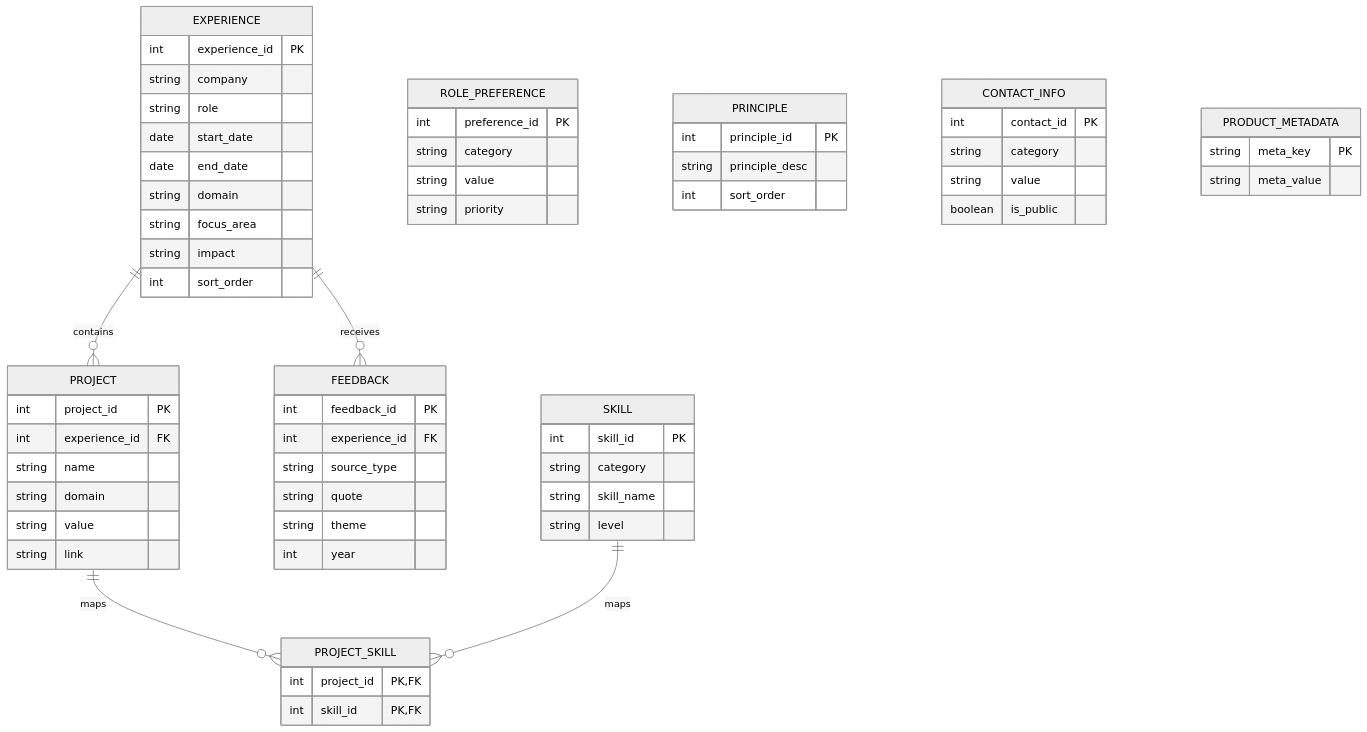
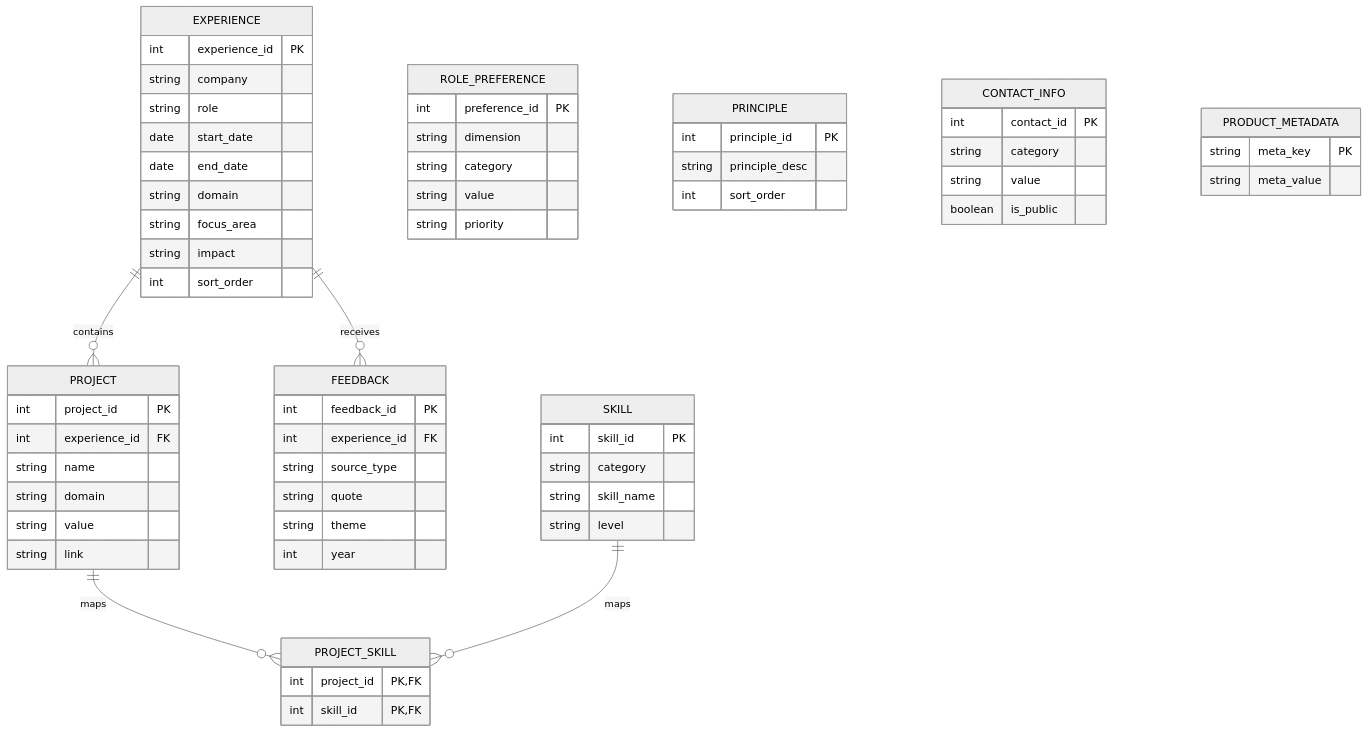
One commit to AnthonyIlluzzi/Human-Data-Product changed the diagram in documentation/schema.md. Above: the diagram before and after it, drawn with Mermaid. The commit also changed other lines of this file, not shown here.

Commit message:
Update schema.md
Updated schema - role_preference.dimension added

````diff
--- a/documentation/schema.md
+++ b/documentation/schema.md
@@ -29,75 +29,76 @@
 ```mermaid
 %%{init: {'theme':'neutral'}}%%
 erDiagram
   EXPERIENCE ||--o{ PROJECT : contains
   EXPERIENCE ||--o{ FEEDBACK : receives
   PROJECT ||--o{ PROJECT_SKILL : maps
   SKILL ||--o{ PROJECT_SKILL : maps
 
   EXPERIENCE {
     int     experience_id PK
     string  company
     string  role
     date    start_date
     date    end_date
     string  domain
     string  focus_area
     string  impact
     int     sort_order
   }
 
   PROJECT {
     int     project_id PK
     int     experience_id FK
     string  name
     string  domain
     string  value
     string  link
   }
 
   SKILL {
     int     skill_id PK
     string  category
     string  skill_name
     string  level
   }
 
   PROJECT_SKILL {
     int     project_id PK, FK
     int     skill_id   PK, FK
   }
 
   FEEDBACK {
     int     feedback_id PK
     int     experience_id FK
     string  source_type
     string  quote
     string  theme
     int     year
   }
 
   ROLE_PREFERENCE {
     int     preference_id PK
+    string  dimension
     string  category
     string  value
     string  priority
   }
 
   PRINCIPLE {
     int     principle_id PK
     string  principle_desc
     int     sort_order
   }
 
   CONTACT_INFO {
     int     contact_id PK
     string  category
     string  value
     boolean is_public
   }
 
   PRODUCT_METADATA {
     string  meta_key PK
     string  meta_value
   }
 ```
````
